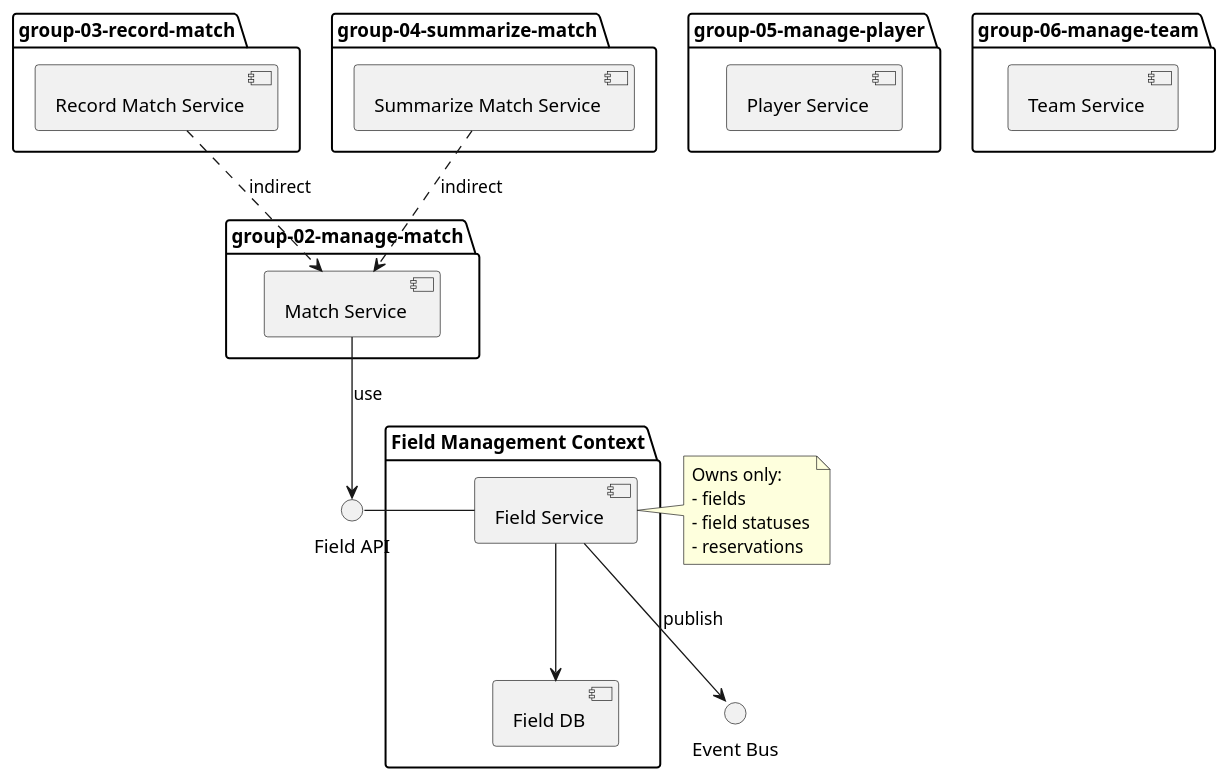
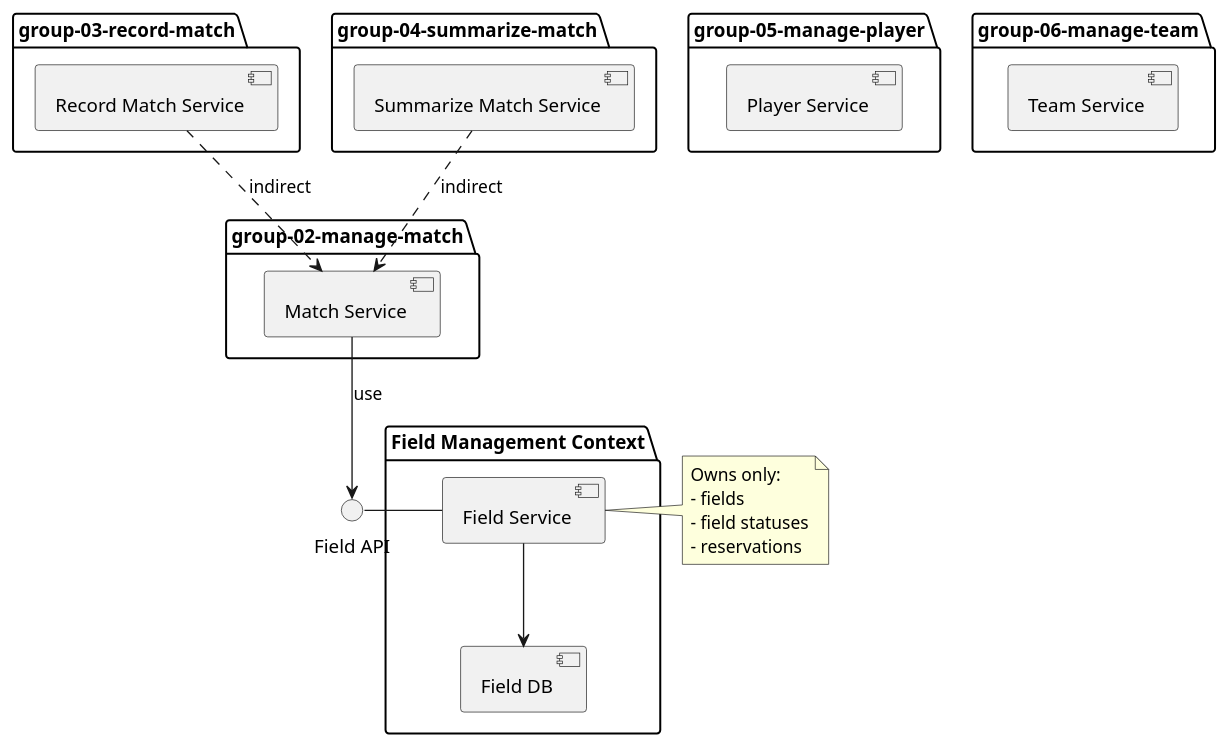
One commit to EFREI-BDX/tp-five-5 changed the diagram in repo-root/groups/group-01-manage-field/contexts-map.puml. Above: the diagram before and after it, drawn with PlantUML. The commit also changed 52 other files, not shown here.

```diff
--- a/repo-root/groups/group-01-manage-field/contexts-map.puml
+++ b/repo-root/groups/group-01-manage-field/contexts-map.puml
@@ -1,46 +1,44 @@
 @startuml
 
 package "group-02-manage-match" {
   [Match Service]
 }
 
 package "group-03-record-match" {
   [Record Match Service]
 }
 
 package "group-04-summarize-match" {
   [Summarize Match Service]
 }
 
 package "group-05-manage-player" {
   [Player Service]
 }
 
 package "group-06-manage-team" {
   [Team Service]
 }
 
 package "Field Management Context" {
   [Field Service]
   [Field DB]
 }
 interface "Field API" as FieldAPI
-interface "Event Bus" as EventBus
 
 [Match Service] --> FieldAPI: use
 
 FieldAPI - [Field Service]
 [Field Service] --> [Field DB]
-[Field Service] --> EventBus: publish
 
 [Record Match Service] ..> [Match Service]: indirect
 [Summarize Match Service] ..> [Match Service]: indirect
 
 note right of [Field Service]
 Owns only:
 - fields
 - field statuses
 - reservations
 end note
 
 @enduml
```
